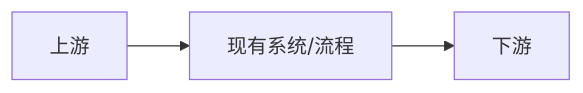
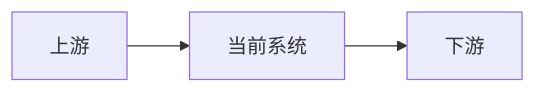
Before and after one commit to Whisper24X/personal: the first of 3 diagrams in tech-sharing-template.md, drawn with Mermaid. The commit also changed other lines of this file and 2 other files, not shown here.

````diff
--- a/tech-sharing-template.md
+++ b/tech-sharing-template.md
@@ -94,5 +82,5 @@
 ```mermaid
 flowchart LR
-  A[上游] --> B[现有系统/流程]
+  A[上游] --> B[当前系统]
   B --> C[下游]
 ```
````
